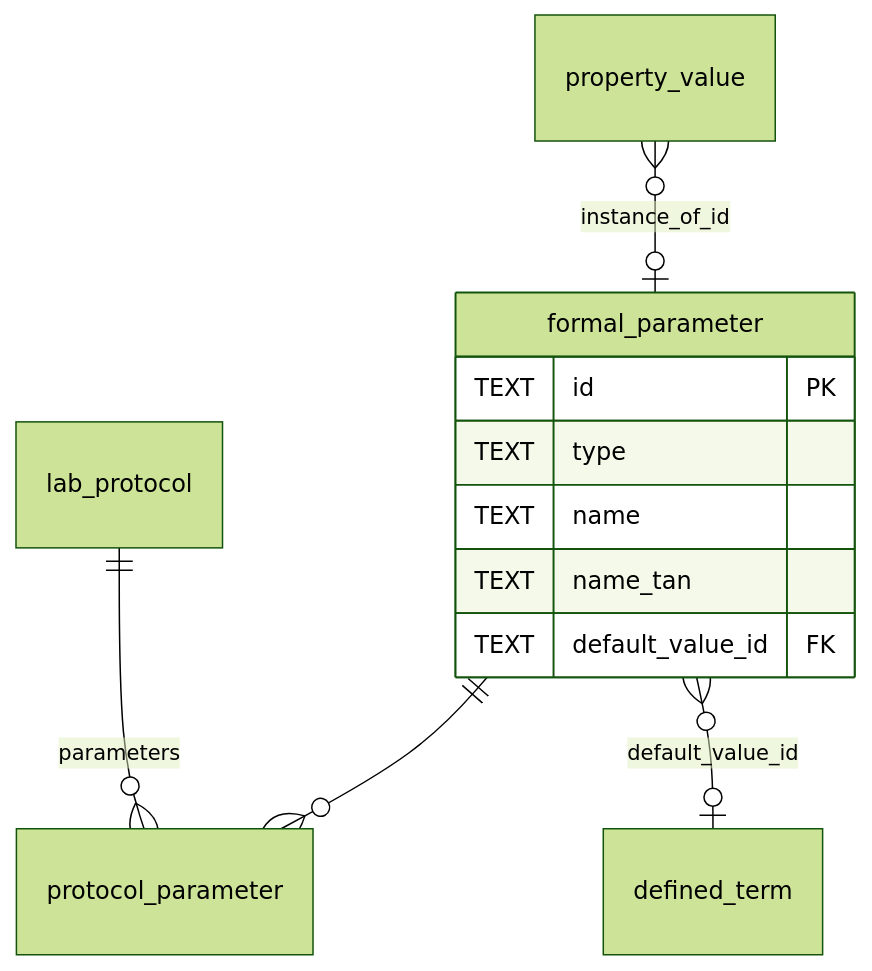
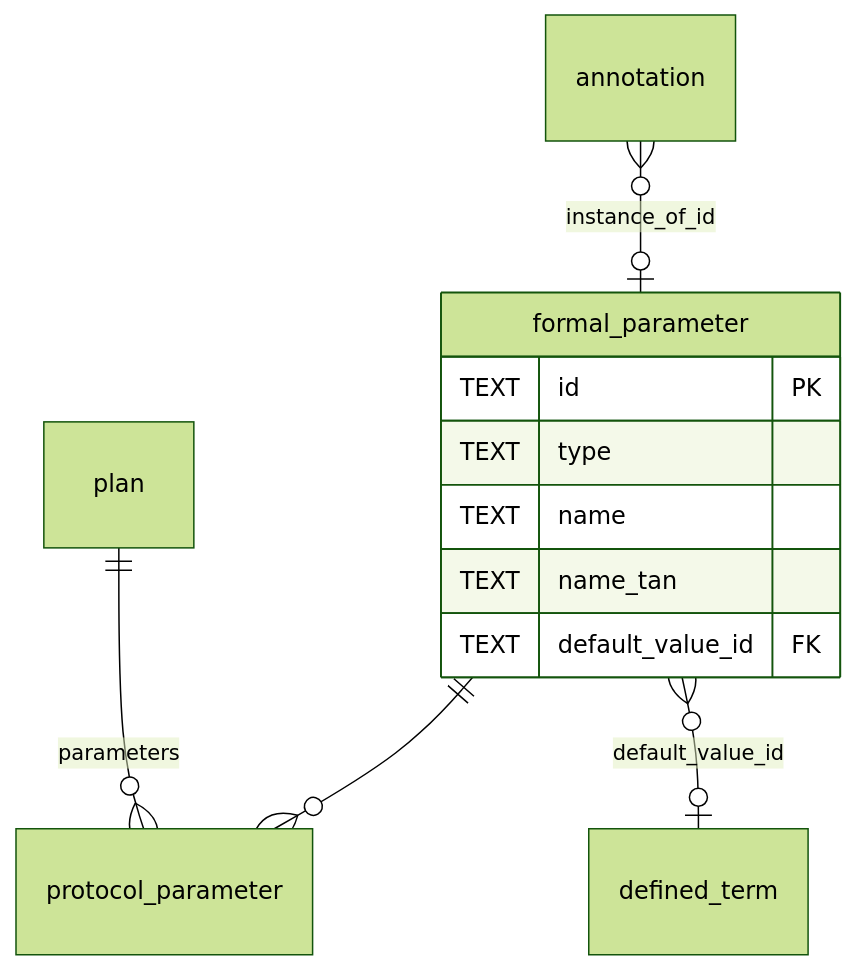
One commit to HLWeil/ProcessCore changed the fourth of 18 diagrams in schemas/sql/design.md. Above: the diagram before and after it, drawn with Mermaid (forest theme). The commit also changed other lines of this file and 134 other files, not shown here.

````diff
--- a/schemas/sql/design.md
+++ b/schemas/sql/design.md
@@ -145,14 +145,14 @@
 ```mermaid
 erDiagram
     formal_parameter {
         TEXT id PK
         TEXT type
         TEXT name
         TEXT name_tan
         TEXT default_value_id FK
     }
-    lab_protocol ||--o{ protocol_parameter : "parameters"
+    plan ||--o{ protocol_parameter : "parameters"
     formal_parameter ||--o{ protocol_parameter : ""
     formal_parameter }o--o| defined_term : "default_value_id"
-    property_value }o--o| formal_parameter : "instance_of_id"
+    annotation }o--o| formal_parameter : "instance_of_id"
 ```
````
